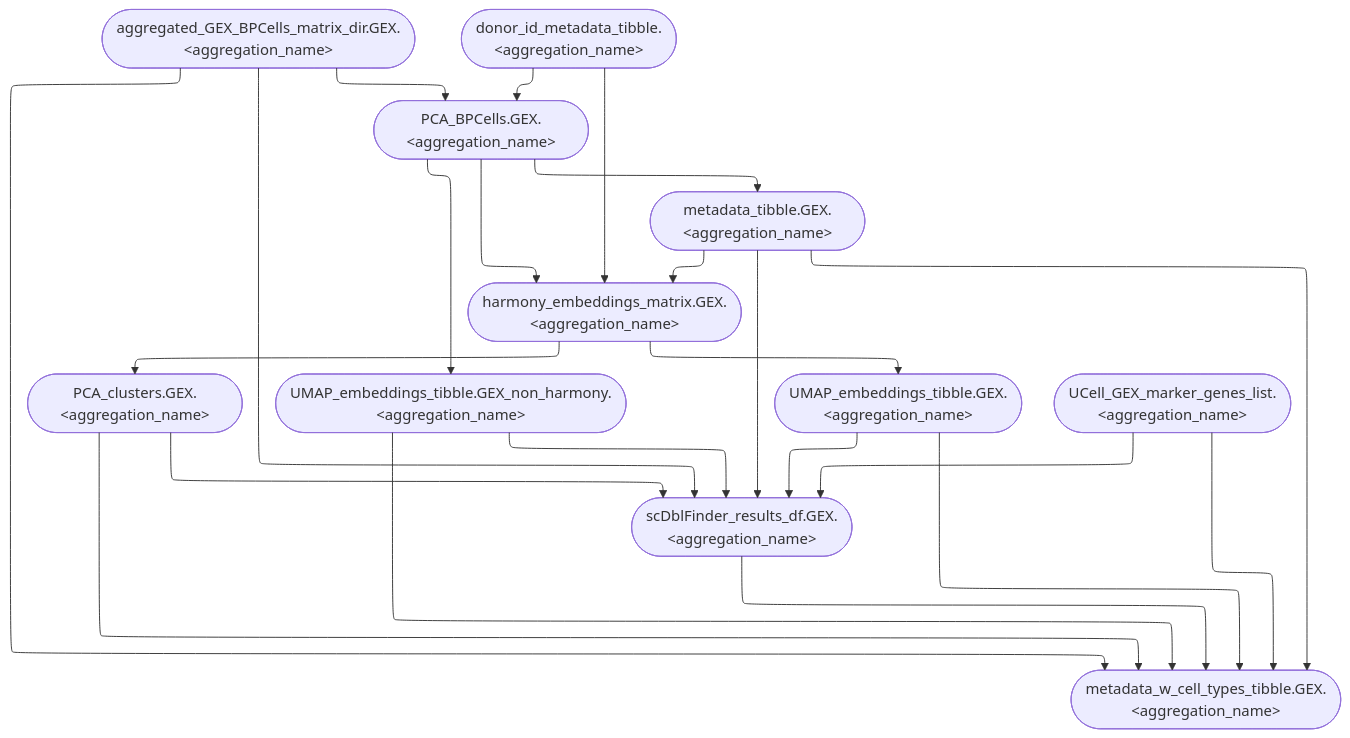
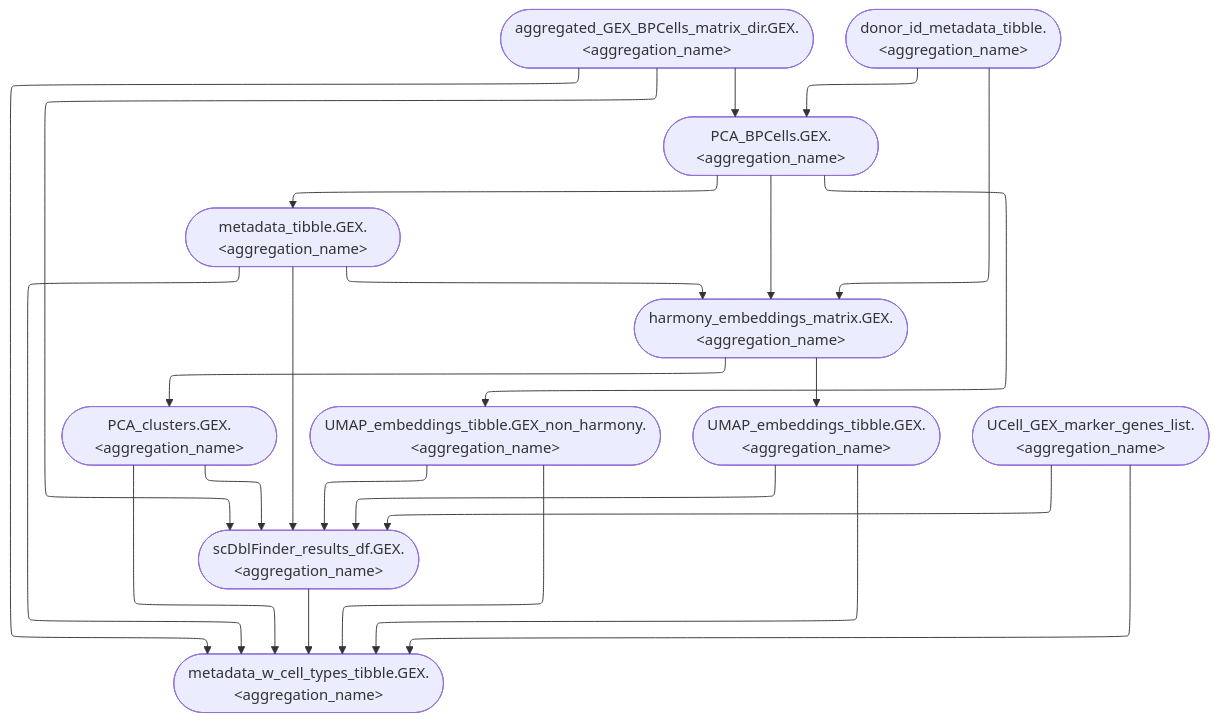
One commit to koefoeden/multiomeR changed the diagram in website/figures/human_curated/GEX_v2.mmd. Above: the diagram before and after it, drawn with Mermaid. The commit also changed other lines of this file and 25 other files, not shown here.

```diff
--- a/website/figures/human_curated/GEX_v2.mmd
+++ b/website/figures/human_curated/GEX_v2.mmd
@@ -1,24 +1,24 @@
 %%{init: {'flowchart': {'defaultRenderer': 'elk'}}}%%
 flowchart TB
   PCA_BPCells.GEX.immune_human_2x(["PCA_BPCells.GEX.&lt;aggregation_name&gt;"]):::none --> harmony_embeddings_matrix.GEX.immune_human_2x(["harmony_embeddings_matrix.GEX.&lt;aggregation_name&gt;"]):::none
   PCA_BPCells.GEX.immune_human_2x(["PCA_BPCells.GEX.&lt;aggregation_name&gt;"]):::none --> metadata_tibble.GEX.immune_human_2x(["metadata_tibble.GEX.&lt;aggregation_name&gt;"]):::none
   scDblFinder_results_df.GEX.immune_human_2x(["scDblFinder_results_df.GEX.&lt;aggregation_name&gt;"]):::none --> metadata_w_cell_types_tibble.GEX.immune_human_2x(["metadata_w_cell_types_tibble.GEX.&lt;aggregation_name&gt;"]):::none
   harmony_embeddings_matrix.GEX.immune_human_2x(["harmony_embeddings_matrix.GEX.&lt;aggregation_name&gt;"]):::none --> PCA_clusters.GEX.immune_human_2x(["PCA_clusters.GEX.&lt;aggregation_name&gt;"]):::none
   PCA_BPCells.GEX.immune_human_2x(["PCA_BPCells.GEX.&lt;aggregation_name&gt;"]):::none --> UMAP_embeddings_tibble.GEX_non_harmony.immune_human_2x(["UMAP_embeddings_tibble.GEX_non_harmony.&lt;aggregation_name&gt;"]):::none
   harmony_embeddings_matrix.GEX.immune_human_2x(["harmony_embeddings_matrix.GEX.&lt;aggregation_name&gt;"]):::none --> UMAP_embeddings_tibble.GEX.immune_human_2x(["UMAP_embeddings_tibble.GEX.&lt;aggregation_name&gt;"]):::none
   aggregated_GEX_BPCells_matrix_dir.GEX.immune_human_2x(["aggregated_GEX_BPCells_matrix_dir.GEX.&lt;aggregation_name&gt;"]):::none --> PCA_BPCells.GEX.immune_human_2x(["PCA_BPCells.GEX.&lt;aggregation_name&gt;"]):::none
+  aggregated_GEX_BPCells_matrix_dir.GEX.immune_human_2x(["aggregated_GEX_BPCells_matrix_dir.GEX.&lt;aggregation_name&gt;"]):::none --> scDblFinder_results_df.GEX.immune_human_2x(["scDblFinder_results_df.GEX.&lt;aggregation_name&gt;"]):::none
   aggregated_GEX_BPCells_matrix_dir.GEX.immune_human_2x(["aggregated_GEX_BPCells_matrix_dir.GEX.&lt;aggregation_name&gt;"]):::none --> metadata_w_cell_types_tibble.GEX.immune_human_2x(["metadata_w_cell_types_tibble.GEX.&lt;aggregation_name&gt;"]):::none
-  aggregated_GEX_BPCells_matrix_dir.GEX.immune_human_2x(["aggregated_GEX_BPCells_matrix_dir.GEX.&lt;aggregation_name&gt;"]):::none --> scDblFinder_results_df.GEX.immune_human_2x(["scDblFinder_results_df.GEX.&lt;aggregation_name&gt;"]):::none
+  UCell_GEX_marker_genes_list.immune_human_2x(["UCell_GEX_marker_genes_list.&lt;aggregation_name&gt;"]):::none --> metadata_w_cell_types_tibble.GEX.immune_human_2x(["metadata_w_cell_types_tibble.GEX.&lt;aggregation_name&gt;"]):::none
+  PCA_clusters.GEX.immune_human_2x(["PCA_clusters.GEX.&lt;aggregation_name&gt;"]):::none --> metadata_w_cell_types_tibble.GEX.immune_human_2x(["metadata_w_cell_types_tibble.GEX.&lt;aggregation_name&gt;"]):::none
+  UMAP_embeddings_tibble.GEX_non_harmony.immune_human_2x(["UMAP_embeddings_tibble.GEX_non_harmony.&lt;aggregation_name&gt;"]):::none --> metadata_w_cell_types_tibble.GEX.immune_human_2x(["metadata_w_cell_types_tibble.GEX.&lt;aggregation_name&gt;"]):::none
+  UMAP_embeddings_tibble.GEX.immune_human_2x(["UMAP_embeddings_tibble.GEX.&lt;aggregation_name&gt;"]):::none --> metadata_w_cell_types_tibble.GEX.immune_human_2x(["metadata_w_cell_types_tibble.GEX.&lt;aggregation_name&gt;"]):::none
+  metadata_tibble.GEX.immune_human_2x(["metadata_tibble.GEX.&lt;aggregation_name&gt;"]):::none --> metadata_w_cell_types_tibble.GEX.immune_human_2x(["metadata_w_cell_types_tibble.GEX.&lt;aggregation_name&gt;"]):::none
+  UCell_GEX_marker_genes_list.immune_human_2x(["UCell_GEX_marker_genes_list.&lt;aggregation_name&gt;"]):::none --> scDblFinder_results_df.GEX.immune_human_2x(["scDblFinder_results_df.GEX.&lt;aggregation_name&gt;"]):::none
+  PCA_clusters.GEX.immune_human_2x(["PCA_clusters.GEX.&lt;aggregation_name&gt;"]):::none --> scDblFinder_results_df.GEX.immune_human_2x(["scDblFinder_results_df.GEX.&lt;aggregation_name&gt;"]):::none
+  UMAP_embeddings_tibble.GEX_non_harmony.immune_human_2x(["UMAP_embeddings_tibble.GEX_non_harmony.&lt;aggregation_name&gt;"]):::none --> scDblFinder_results_df.GEX.immune_human_2x(["scDblFinder_results_df.GEX.&lt;aggregation_name&gt;"]):::none
+  UMAP_embeddings_tibble.GEX.immune_human_2x(["UMAP_embeddings_tibble.GEX.&lt;aggregation_name&gt;"]):::none --> scDblFinder_results_df.GEX.immune_human_2x(["scDblFinder_results_df.GEX.&lt;aggregation_name&gt;"]):::none
+  metadata_tibble.GEX.immune_human_2x(["metadata_tibble.GEX.&lt;aggregation_name&gt;"]):::none --> scDblFinder_results_df.GEX.immune_human_2x(["scDblFinder_results_df.GEX.&lt;aggregation_name&gt;"]):::none
   donor_id_metadata_tibble.immune_human_2x(["donor_id_metadata_tibble.&lt;aggregation_name&gt;"]):::none --> harmony_embeddings_matrix.GEX.immune_human_2x(["harmony_embeddings_matrix.GEX.&lt;aggregation_name&gt;"]):::none
   donor_id_metadata_tibble.immune_human_2x(["donor_id_metadata_tibble.&lt;aggregation_name&gt;"]):::none --> PCA_BPCells.GEX.immune_human_2x(["PCA_BPCells.GEX.&lt;aggregation_name&gt;"]):::none
   metadata_tibble.GEX.immune_human_2x(["metadata_tibble.GEX.&lt;aggregation_name&gt;"]):::none --> harmony_embeddings_matrix.GEX.immune_human_2x(["harmony_embeddings_matrix.GEX.&lt;aggregation_name&gt;"]):::none
-  UCell_GEX_marker_genes_list.immune_human_2x(["UCell_GEX_marker_genes_list.&lt;aggregation_name&gt;"]):::none --> metadata_w_cell_types_tibble.GEX.immune_human_2x(["metadata_w_cell_types_tibble.GEX.&lt;aggregation_name&gt;"]):::none
-  metadata_tibble.GEX.immune_human_2x(["metadata_tibble.GEX.&lt;aggregation_name&gt;"]):::none --> metadata_w_cell_types_tibble.GEX.immune_human_2x(["metadata_w_cell_types_tibble.GEX.&lt;aggregation_name&gt;"]):::none
-  PCA_clusters.GEX.immune_human_2x(["PCA_clusters.GEX.&lt;aggregation_name&gt;"]):::none --> metadata_w_cell_types_tibble.GEX.immune_human_2x(["metadata_w_cell_types_tibble.GEX.&lt;aggregation_name&gt;"]):::none
-  UMAP_embeddings_tibble.GEX.immune_human_2x(["UMAP_embeddings_tibble.GEX.&lt;aggregation_name&gt;"]):::none --> metadata_w_cell_types_tibble.GEX.immune_human_2x(["metadata_w_cell_types_tibble.GEX.&lt;aggregation_name&gt;"]):::none
-  UMAP_embeddings_tibble.GEX_non_harmony.immune_human_2x(["UMAP_embeddings_tibble.GEX_non_harmony.&lt;aggregation_name&gt;"]):::none --> metadata_w_cell_types_tibble.GEX.immune_human_2x(["metadata_w_cell_types_tibble.GEX.&lt;aggregation_name&gt;"]):::none
-  UCell_GEX_marker_genes_list.immune_human_2x(["UCell_GEX_marker_genes_list.&lt;aggregation_name&gt;"]):::none --> scDblFinder_results_df.GEX.immune_human_2x(["scDblFinder_results_df.GEX.&lt;aggregation_name&gt;"]):::none
-  metadata_tibble.GEX.immune_human_2x(["metadata_tibble.GEX.&lt;aggregation_name&gt;"]):::none --> scDblFinder_results_df.GEX.immune_human_2x(["scDblFinder_results_df.GEX.&lt;aggregation_name&gt;"]):::none
-  PCA_clusters.GEX.immune_human_2x(["PCA_clusters.GEX.&lt;aggregation_name&gt;"]):::none --> scDblFinder_results_df.GEX.immune_human_2x(["scDblFinder_results_df.GEX.&lt;aggregation_name&gt;"]):::none
-  UMAP_embeddings_tibble.GEX.immune_human_2x(["UMAP_embeddings_tibble.GEX.&lt;aggregation_name&gt;"]):::none --> scDblFinder_results_df.GEX.immune_human_2x(["scDblFinder_results_df.GEX.&lt;aggregation_name&gt;"]):::none
-  UMAP_embeddings_tibble.GEX_non_harmony.immune_human_2x(["UMAP_embeddings_tibble.GEX_non_harmony.&lt;aggregation_name&gt;"]):::none --> scDblFinder_results_df.GEX.immune_human_2x(["scDblFinder_results_df.GEX.&lt;aggregation_name&gt;"]):::none
```
